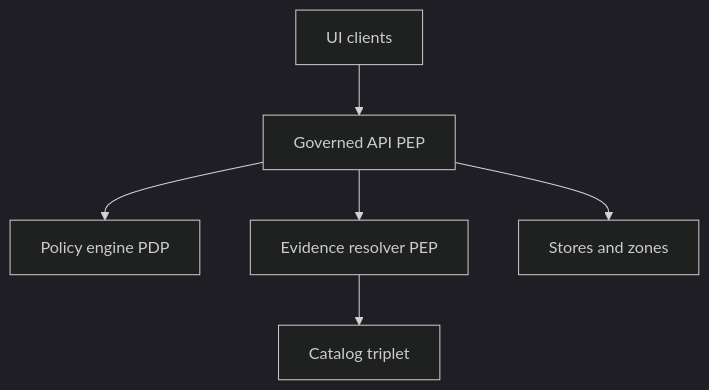
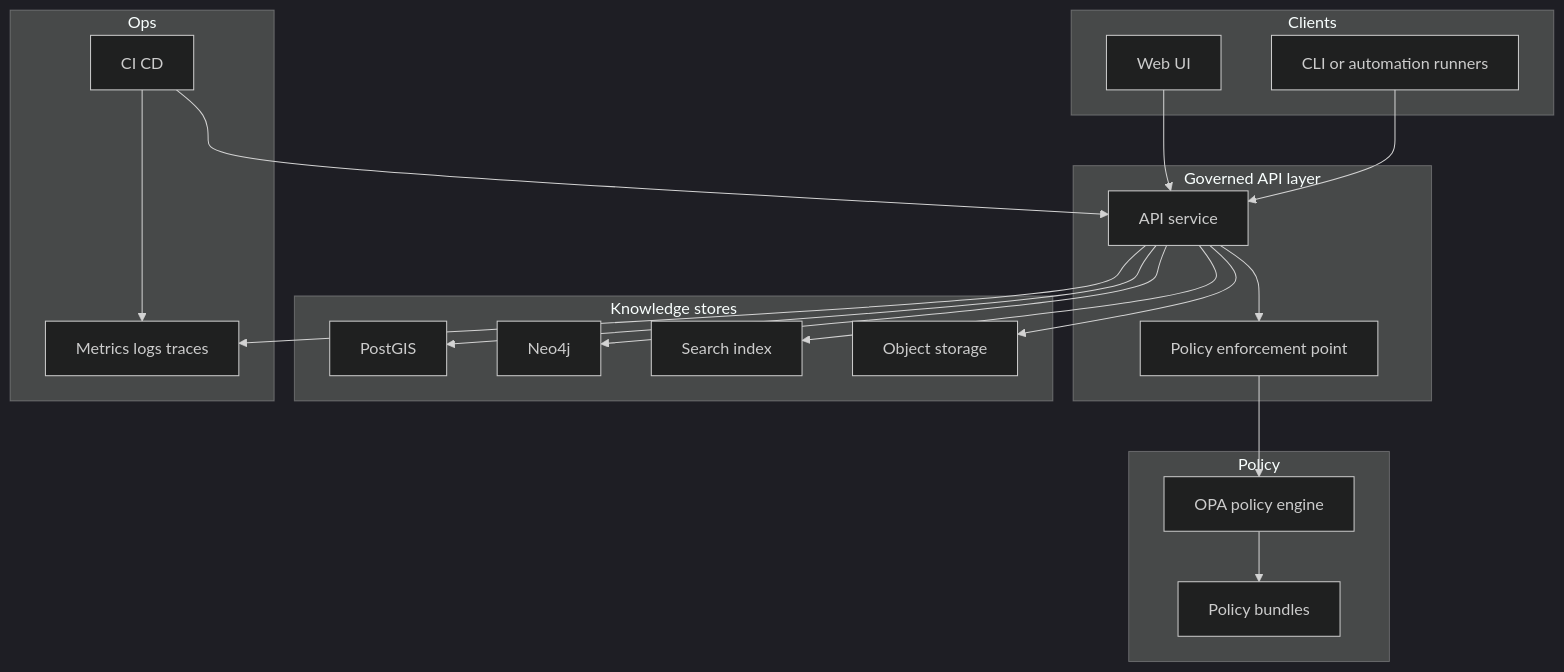
The diagram in infra/README.md (bartytime4life/Kansas-Frontier-Matrix), drawn with Mermaid (dark theme) before and after one commit. The commit also changed other lines of this file, not shown here.

````diff
--- a/infra/README.md
+++ b/infra/README.md
@@ -286,8 +104,45 @@
 ```mermaid
 flowchart TB
-  ui["UI clients"] --> api["Governed API PEP"]
-  api --> pdp["Policy engine PDP"]
-  api --> resolver["Evidence resolver PEP"]
-  resolver --> catalogs["Catalog triplet"]
-  api --> stores["Stores and zones"]
+  subgraph Client["Clients"]
+    UI["Web UI"]
+    CLI["CLI or automation runners"]
+  end
+
+  subgraph API["Governed API layer"]
+    APISVC["API service"]
+    PEP["Policy enforcement point"]
+  end
+
+  subgraph Policy["Policy"]
+    OPA["OPA policy engine"]
+    REGO["Policy bundles"]
+  end
+
+  subgraph Stores["Knowledge stores"]
+    PG["PostGIS"]
+    N4J["Neo4j"]
+    IDX["Search index"]
+    OBJ["Object storage"]
+  end
+
+  subgraph Ops["Ops"]
+    OBS["Metrics logs traces"]
+    CI["CI CD"]
+  end
+
+  UI --> APISVC
+  CLI --> APISVC
+
+  APISVC --> PEP
+  PEP --> OPA
+  OPA --> REGO
+
+  APISVC --> PG
+  APISVC --> N4J
+  APISVC --> IDX
+  APISVC --> OBJ
+
+  APISVC --> OBS
+  CI --> OBS
+  CI --> APISVC
 ```
````
